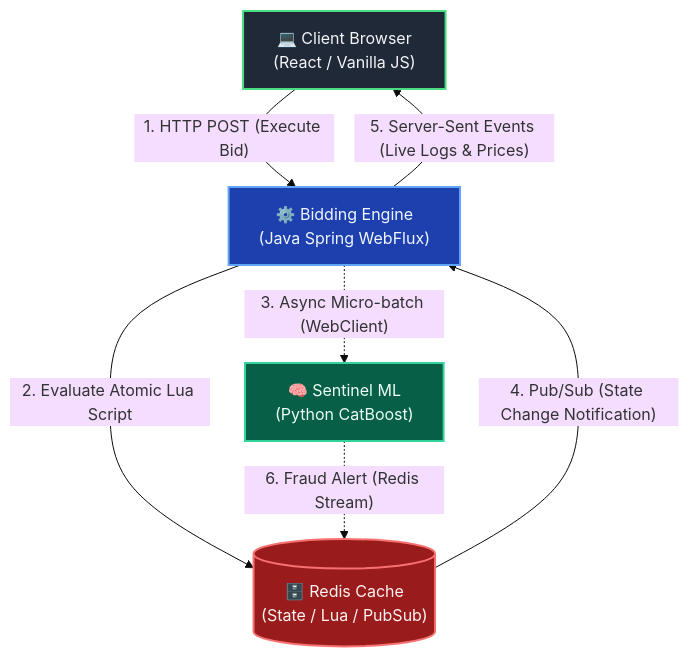
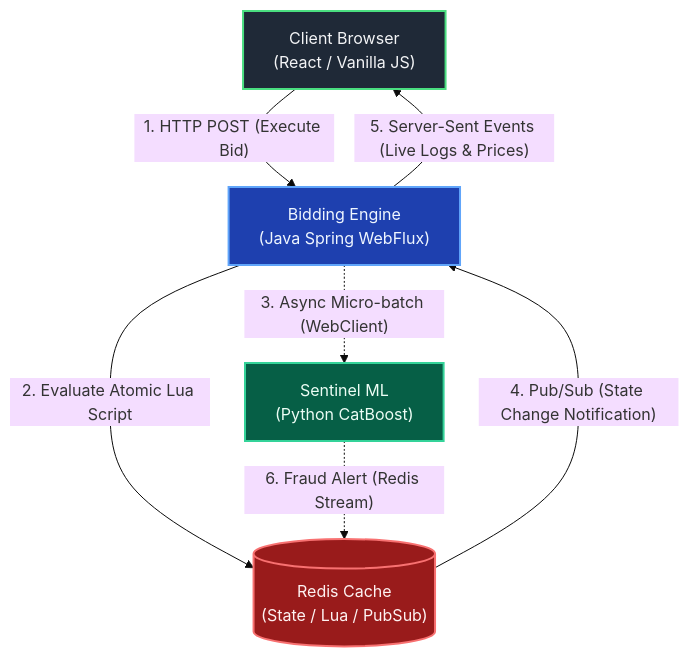
One commit to walker-systems/auction-system changed the first of 2 diagrams in README.md. Above: the diagram before and after it, drawn with Mermaid (base theme). The commit also changed other lines of this file and 1 other file, not shown here.

````diff
--- a/README.md
+++ b/README.md
@@ -27,22 +27,19 @@
 ```mermaid
 graph TD
-    %% Styling Definitions
     classDef client fill:#1f2937,stroke:#4ade80,stroke-width:2px,color:#f3f4f6
     classDef engine fill:#1e40af,stroke:#60a5fa,stroke-width:2px,color:#eff6ff
     classDef redis fill:#991b1b,stroke:#f87171,stroke-width:2px,color:#fef2f2
     classDef python fill:#065f46,stroke:#34d399,stroke-width:2px,color:#ecfdf5
 
-    %% Nodes
-    Client["💻 Client Browser<br/>(React / Vanilla JS)"]:::client
-    Engine["⚙️ Bidding Engine<br/>(Java Spring WebFlux)"]:::engine
-    Redis[("🗄️ Redis Cache<br/>(State / Lua / PubSub)")]:::redis
-    Sentinel["🧠 Sentinel ML<br/>(Python CatBoost)"]:::python
+    Client["Client Browser<br/>(React / Vanilla JS)"]:::client
+    Engine["Bidding Engine<br/>(Java Spring WebFlux)"]:::engine
+    Redis[("Redis Cache<br/>(State / Lua / PubSub)")]:::redis
+    Sentinel["Sentinel ML<br/>(Python CatBoost)"]:::python
 
-    %% Connections
     Client -- "1. HTTP POST (Execute Bid)" --> Engine
     Engine -- "2. Evaluate Atomic Lua Script" --> Redis
     Engine -. "3. Async Micro-batch (WebClient)" .-> Sentinel
     Redis -- "4. Pub/Sub (State Change Notification)" --> Engine
     Engine -- "5. Server-Sent Events (Live Logs & Prices)" --> Client
     Sentinel -. "6. Fraud Alert (Redis Stream)" .-> Redis
 ```
````
